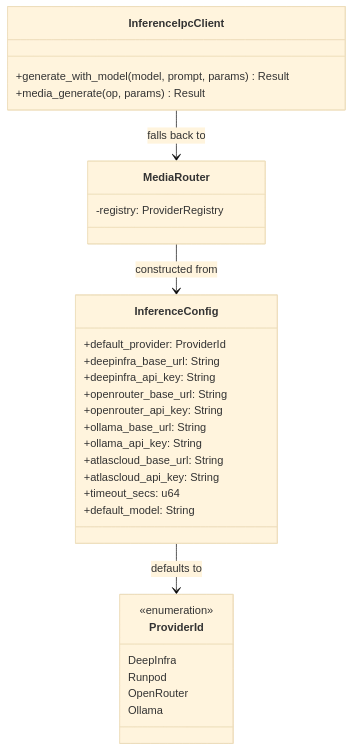
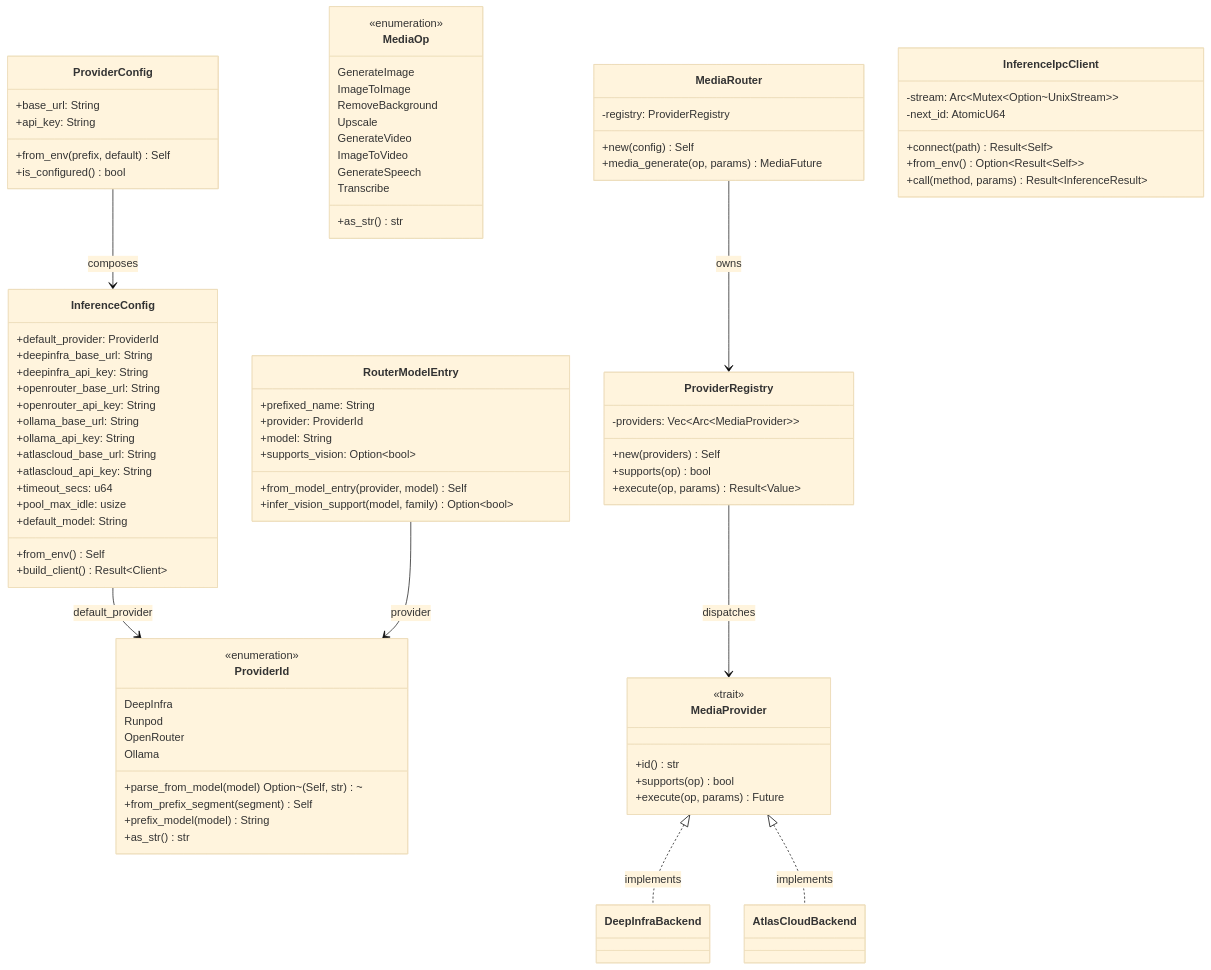
One commit to mdz-axo/zed-kask changed the diagram in kask/docs/diataxis/hkask-inference/reference.md. Above: the diagram before and after it, drawn with Mermaid (base theme). The commit also changed other lines of this file and 41 other files, not shown here.

````diff
--- a/kask/docs/diataxis/hkask-inference/reference.md
+++ b/kask/docs/diataxis/hkask-inference/reference.md
@@ -54,6 +89,10 @@
         Runpod
         OpenRouter
         Ollama
+        +parse_from_model(model) Option~(Self, str)~
+        +from_prefix_segment(segment) Self
+        +prefix_model(model) String
+        +as_str() str
     }
     class InferenceConfig {
         +default_provider: ProviderId
@@ -66,17 +105,67 @@
         +atlascloud_base_url: String
         +atlascloud_api_key: String
         +timeout_secs: u64
+        +pool_max_idle: usize
         +default_model: String
+        +from_env() Self
+        +build_client() Result~Client~
+    }
+    class ProviderConfig {
+        +base_url: String
+        +api_key: String
+        +from_env(prefix, default) Self
+        +is_configured() bool
+    }
+    class MediaOp {
+        <<enumeration>>
+        GenerateImage
+        ImageToImage
+        RemoveBackground
+        Upscale
+        GenerateVideo
+        ImageToVideo
+        GenerateSpeech
+        Transcribe
+        +as_str() str
+    }
+    class MediaProvider {
+        <<trait>>
+        +id() str
+        +supports(op) bool
+        +execute(op, params) Future
+    }
+    class ProviderRegistry {
+        -providers: Vec~Arc~MediaProvider~~
+        +new(providers) Self
+        +supports(op) bool
+        +execute(op, params) Result~Value~
     }
     class MediaRouter {
         -registry: ProviderRegistry
+        +new(config) Self
+        +media_generate(op, params) MediaFuture
     }
     class InferenceIpcClient {
-        +generate_with_model(model, prompt, params) Result
-        +media_generate(op, params) Result
+        -stream: Arc~Mutex~Option~UnixStream~~
+        -next_id: AtomicU64
+        +connect(path) Result~Self~
+        +from_env() Option~Result~Self~~
+        +call(method, params) Result~InferenceResult~
+    }
+    class RouterModelEntry {
+        +prefixed_name: String
+        +provider: ProviderId
+        +model: String
+        +supports_vision: Option~bool~
+        +from_model_entry(provider, model) Self
+        +infer_vision_support(model, family) Option~bool~
     }
 
-    MediaRouter --> InferenceConfig : constructed from
-    InferenceIpcClient --> MediaRouter : falls back to
-    InferenceConfig --> ProviderId : defaults to
+    InferenceConfig --> ProviderId : default_provider
+    ProviderConfig --> InferenceConfig : composes
+    MediaRouter --> ProviderRegistry : owns
+    ProviderRegistry --> MediaProvider : dispatches
+    MediaProvider <|.. DeepInfraBackend : implements
+    MediaProvider <|.. AtlasCloudBackend : implements
+    RouterModelEntry --> ProviderId : provider
 ```
````
